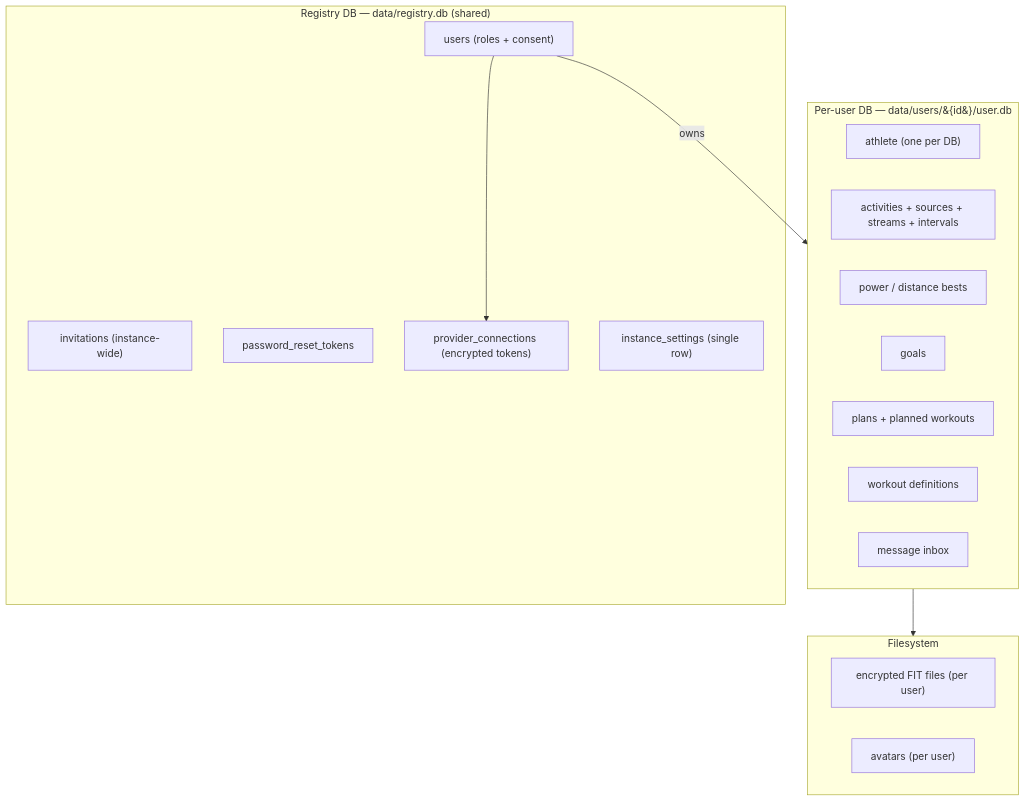
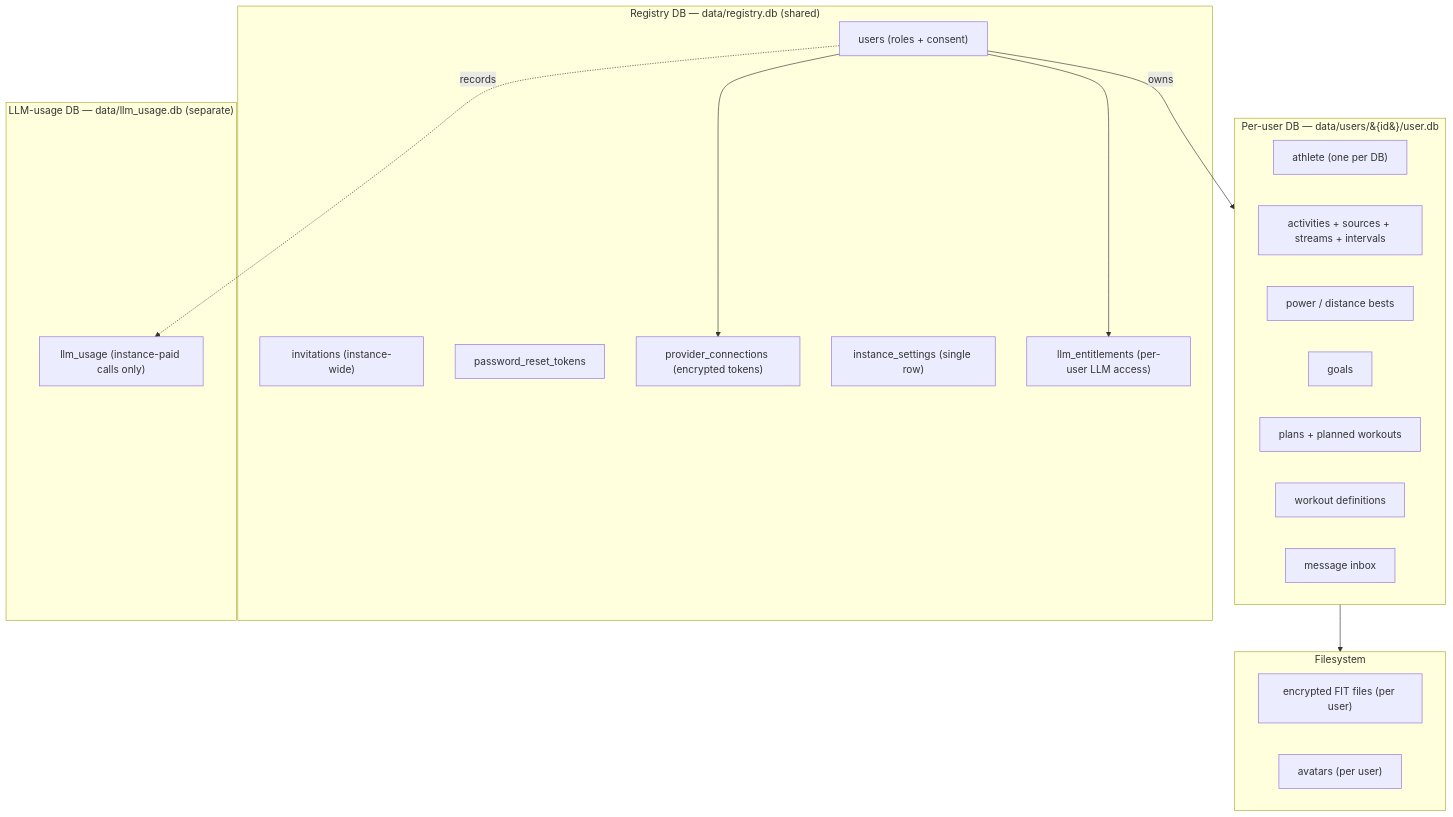
One commit to openkoutsi/openkoutsi-arch changed the diagram in docs/architecture/data-model.md. Above: the diagram before and after it, drawn with Mermaid. The commit also changed other lines of this file and 2 other files, not shown here.

First line of the commit message:
Document LLM subscription gate, entitlements table and separate usage DB (#9)

````diff
--- a/docs/architecture/data-model.md
+++ b/docs/architecture/data-model.md
@@ -8,26 +9,32 @@
 ```mermaid
 flowchart TD
     subgraph Registry["Registry DB — data/registry.db (shared)"]
         U["users (roles + consent)"]
         I["invitations (instance-wide)"]
         PR["password_reset_tokens"]
         PC["provider_connections (encrypted tokens)"]
         IS["instance_settings (single row)"]
+        EN["llm_entitlements (per-user LLM access)"]
+    end
+    subgraph Usage["LLM-usage DB — data/llm_usage.db (separate)"]
+        LU["llm_usage (instance-paid calls only)"]
     end
     subgraph PerUser["Per-user DB — data/users/&#123;id&#125;/user.db"]
         Ath["athlete (one per DB)"]
         Act["activities + sources + streams + intervals"]
         Best["power / distance bests"]
         Goals["goals"]
         Plans["plans + planned workouts"]
         Work["workout definitions"]
         Msg["message inbox"]
     end
     subgraph Files["Filesystem"]
         Fit["encrypted FIT files (per user)"]
         Av["avatars (per user)"]
     end
     U -->|owns| PerUser
     U --> PC
+    U --> EN
+    U -.records.-> LU
     PerUser --> Files
 ```
````
